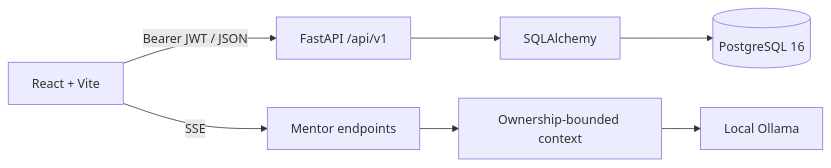
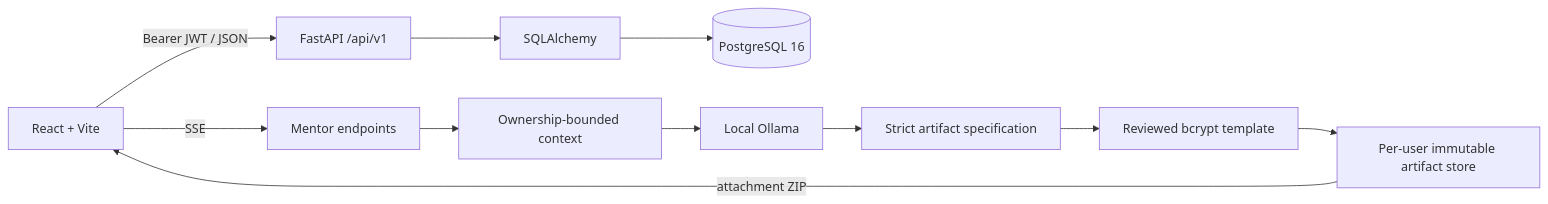
The diagram in docs/ARCHITECTURE.md (worhels/CyberLab-Tracker), drawn with Mermaid before and after one commit. The commit also changed other lines of this file and 29 other files, not shown here.

Commit message:
feat(mentor): add reviewed artifact workflow

````diff
--- a/docs/ARCHITECTURE.md
+++ b/docs/ARCHITECTURE.md
@@ -10,9 +10,13 @@
 ```mermaid
 flowchart LR
     Web["React + Vite"] -->|"Bearer JWT / JSON"| API["FastAPI /api/v1"]
     Web -->|"SSE"| Mentor["Mentor endpoints"]
     API --> ORM["SQLAlchemy"]
     ORM --> DB[("PostgreSQL 16")]
     Mentor --> Context["Ownership-bounded context"]
     Context --> Ollama["Local Ollama"]
+    Ollama --> Spec["Strict artifact specification"]
+    Spec --> Renderer["Reviewed bcrypt template"]
+    Renderer --> Store["Per-user immutable artifact store"]
+    Store -->|"attachment ZIP"| Web
 ```
````
